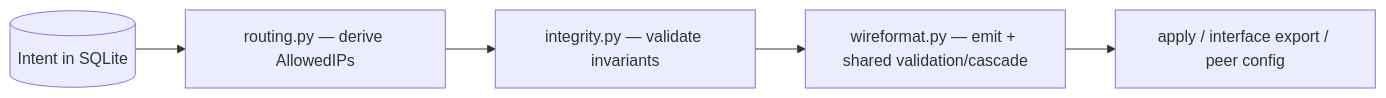
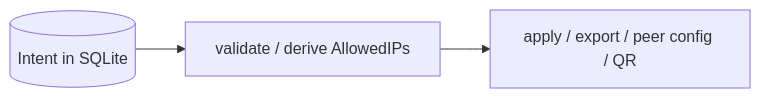
The second of 5 diagrams in README.md (aleaz/wgpl), drawn with Mermaid before and after one commit. The commit also changed other lines of this file and 2 other files, not shown here.

````diff
--- a/README.md
+++ b/README.md
@@ -84,10 +200,8 @@
 ```mermaid
 flowchart LR
   IntentDB[(Intent in SQLite)]
-  RoutingPy["routing.py — derive AllowedIPs"]
-  IntegrityPy["integrity.py — validate invariants"]
-  WireformatPy["wireformat.py — emit + shared validation/cascade"]
-  ApplyPaths["apply / interface export / peer config"]
+  Validate[validate / derive AllowedIPs]
+  Emit[apply / export / peer config / QR]
 
-  IntentDB --> RoutingPy --> IntegrityPy --> WireformatPy --> ApplyPaths
+  IntentDB --> Validate --> Emit
 ```
````
